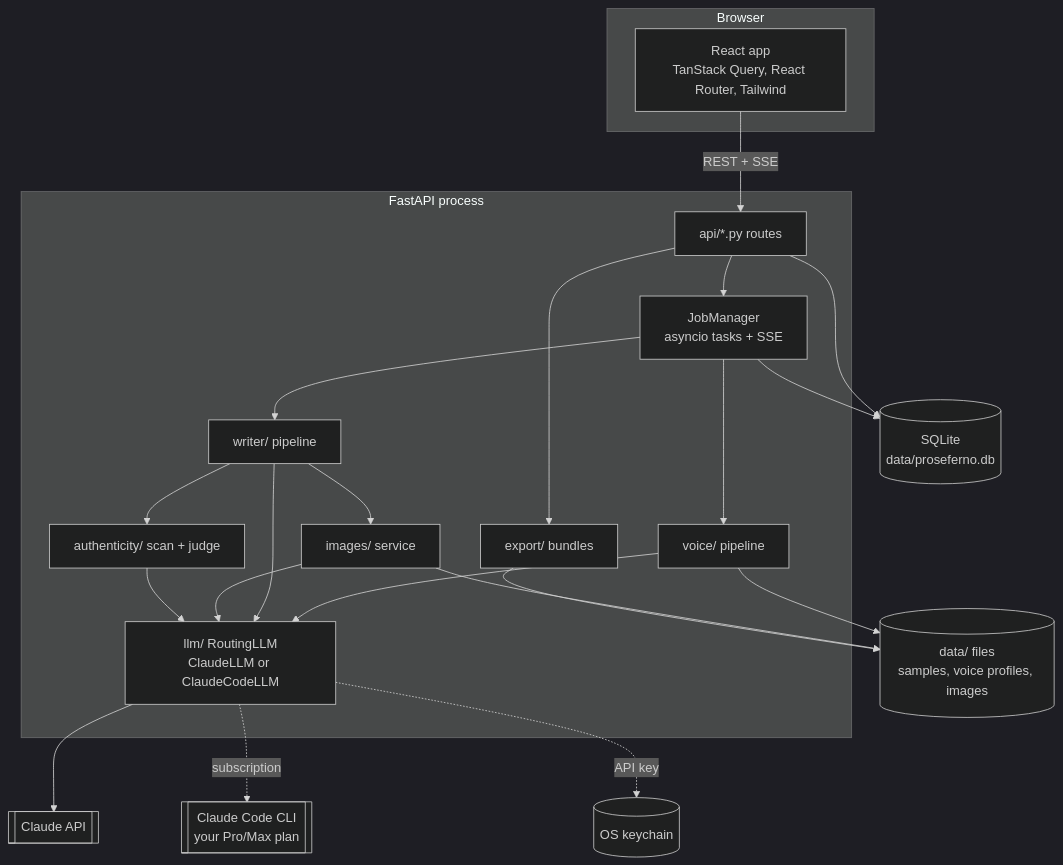
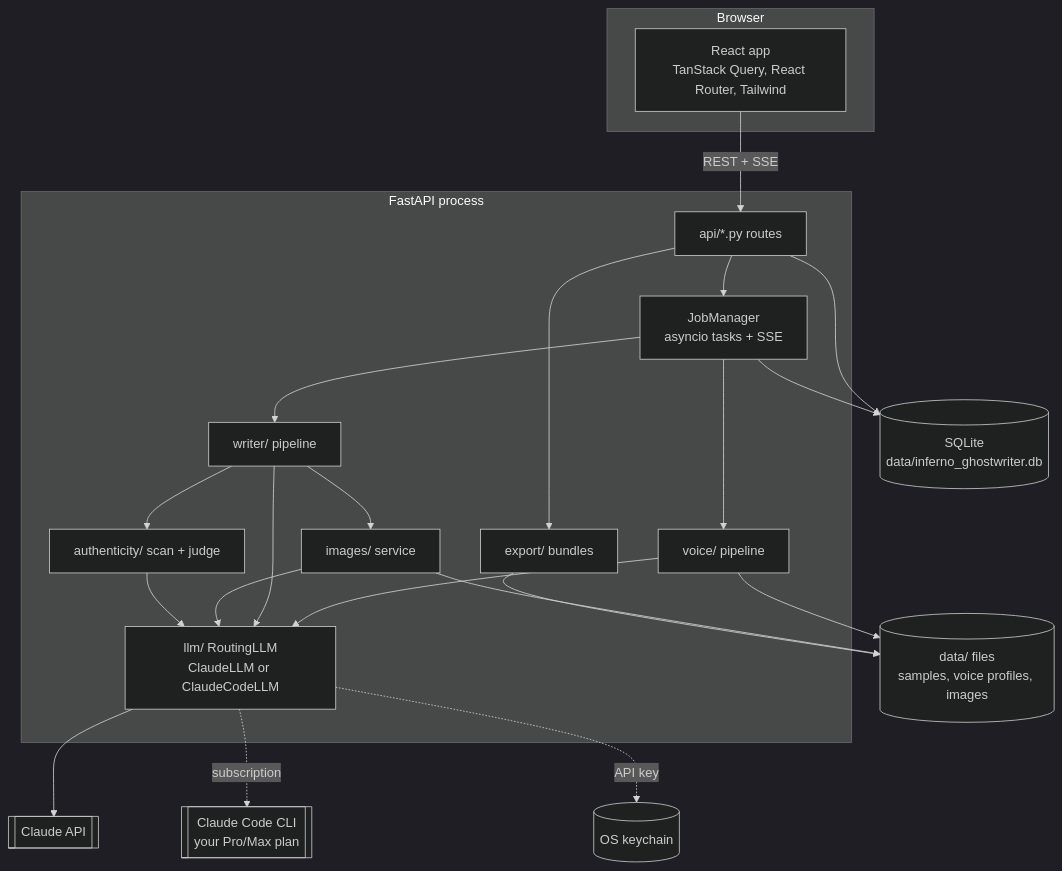
Before and after one commit to ThatShelbs/cc_technical_blogger: the diagram in docs/architecture.md, drawn with Mermaid (dark theme). The commit also changed other lines of this file and 427 other files, not shown here.

First line of the commit message:
Rename Proseferno to Inferno Ghostwriter, rebrand, and refresh demo and docs

````diff
--- a/docs/architecture.md
+++ b/docs/architecture.md
@@ -5,31 +5,31 @@
 ```mermaid
 flowchart TB
   subgraph Browser
     UI[React app<br/>TanStack Query, React Router, Tailwind]
   end
   subgraph Backend[FastAPI process]
     API[api/*.py routes]
     Jobs[JobManager<br/>asyncio tasks + SSE]
     Voice[voice/ pipeline]
     Writer[writer/ pipeline]
     Images[images/ service]
     Detect[authenticity/ scan + judge]
     Export[export/ bundles]
     LLM[llm/ RoutingLLM<br/>ClaudeLLM or ClaudeCodeLLM]
   end
-  DB[(SQLite<br/>data/proseferno.db)]
+  DB[(SQLite<br/>data/inferno_ghostwriter.db)]
   Files[(data/ files<br/>samples, voice profiles, images)]
   Keychain[(OS keychain)]
   Claude[[Claude API]]
   ClaudeCode[[Claude Code CLI<br/>your Pro/Max plan]]
 
   UI -- REST + SSE --> API
   API --> Jobs --> Voice & Writer
   Writer --> Images & Detect
   Voice & Writer & Images & Detect --> LLM --> Claude
   LLM -. subscription .-> ClaudeCode
   API --> Export
   API & Jobs --> DB
   Voice & Images & Export --> Files
   LLM -. API key .-> Keychain
 ```
````
